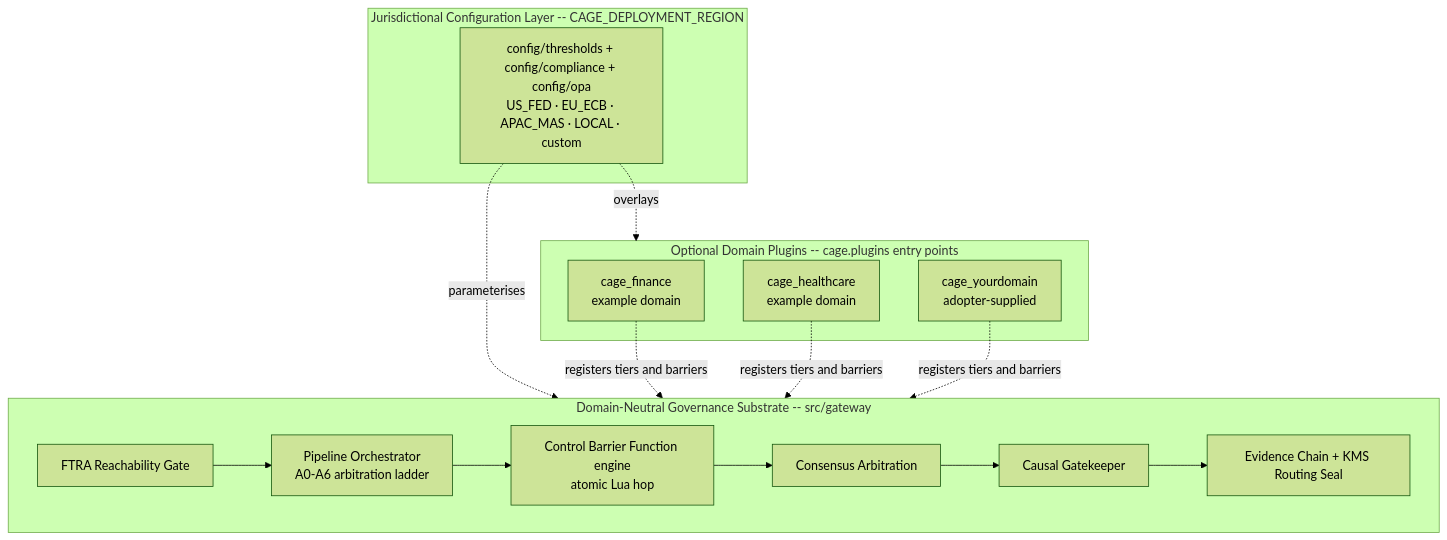
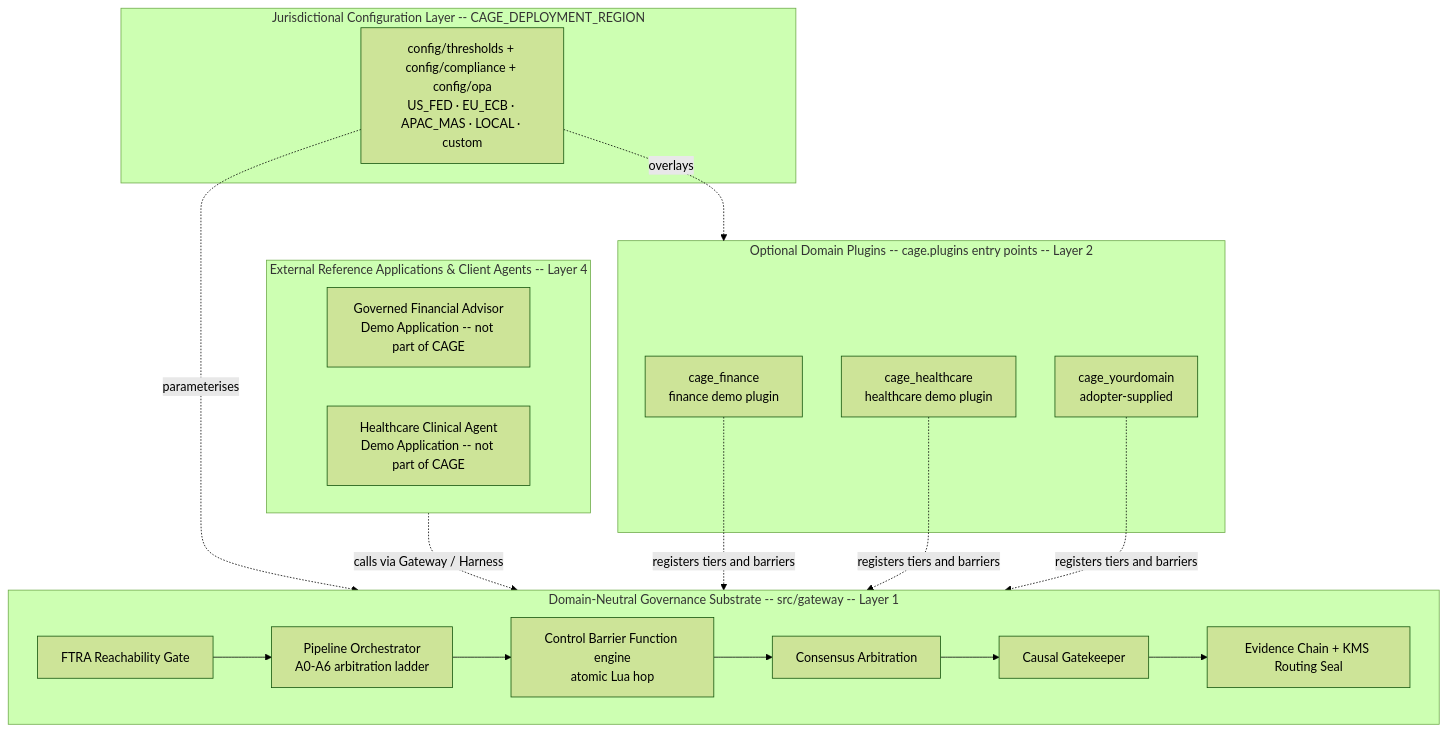
The diagram in README.md (google/cybernetic-agent-governance-engine), drawn with Mermaid (forest theme) before and after one commit. The commit also changed other lines of this file and 19 other files, not shown here.

First line of the commit message:
docs(docs): reconcile technical reports with v3 architecture

````diff
--- a/README.md
+++ b/README.md
@@ -207,28 +218,34 @@
 ```mermaid
 graph TB
     subgraph CFG[Jurisdictional Configuration Layer -- CAGE_DEPLOYMENT_REGION]
         REG[config/thresholds + config/compliance + config/opa<br/>US_FED · EU_ECB · APAC_MAS · LOCAL · custom]
     end
 
-    subgraph PLG[Optional Domain Plugins -- cage.plugins entry points]
-        FIN[cage_finance<br/>example domain]
-        HLTH[cage_healthcare<br/>example domain]
+    subgraph APP[External Reference Applications & Client Agents -- Layer 4]
+        GFA[Governed Financial Advisor<br/>Demo Application -- not part of CAGE]
+        HLTH_APP[Healthcare Clinical Agent<br/>Demo Application -- not part of CAGE]
+    end
+
+    subgraph PLG[Optional Domain Plugins -- cage.plugins entry points -- Layer 2]
+        FIN[cage_finance<br/>finance demo plugin]
+        HLTH[cage_healthcare<br/>healthcare demo plugin]
         CUST[cage_yourdomain<br/>adopter-supplied]
     end
 
-    subgraph CORE[Domain-Neutral Governance Substrate -- src/gateway]
+    subgraph CORE[Domain-Neutral Governance Substrate -- src/gateway -- Layer 1]
         FTRA[FTRA Reachability Gate]
         ORCH[Pipeline Orchestrator<br/>A0-A6 arbitration ladder]
         CBF[Control Barrier Function engine<br/>atomic Lua hop]
         CONS[Consensus Arbitration]
         CAUS[Causal Gatekeeper]
         EVID[Evidence Chain + KMS Routing Seal]
     end
 
     REG -.parameterises.-> CORE
     REG -.overlays.-> PLG
+    APP -.calls via Gateway / Harness.-> CORE
     FIN -.registers tiers and barriers.-> CORE
     HLTH -.registers tiers and barriers.-> CORE
     CUST -.registers tiers and barriers.-> CORE
     FTRA --> ORCH --> CBF --> CONS --> CAUS --> EVID
 ```
````
